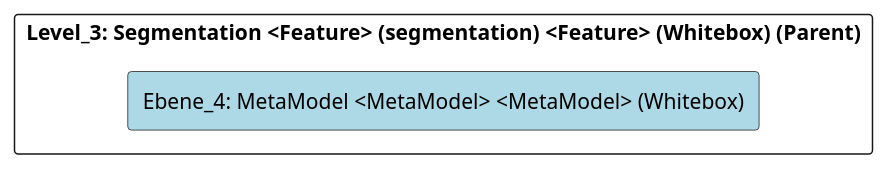
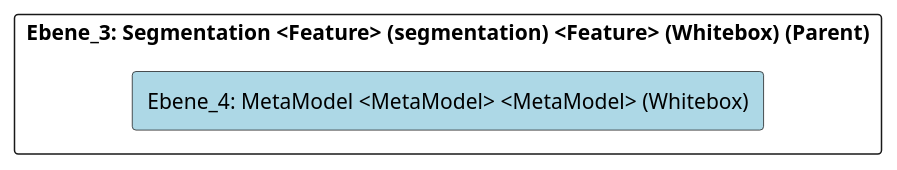
One commit to marcozwyssig/cleon changed the diagram in doc/cleonproject_deliverables_architecture_model_architecture/adoc/de/05_bausteinsicht/cleon/modeling_languages/segmentation/metamodel/ebene_4_metamodel.adoc. Above: the diagram before and after it, drawn with PlantUML. The commit also changed other lines of this file and 620 other files, not shown here.

```diff
--- a/doc/cleonproject_deliverables_architecture_model_architecture/adoc/de/05_bausteinsicht/cleon/modeling_languages/segmentation/metamodel/ebene_4_metamodel.adoc
+++ b/doc/cleonproject_deliverables_architecture_model_architecture/adoc/de/05_bausteinsicht/cleon/modeling_languages/segmentation/metamodel/ebene_4_metamodel.adoc
@@ -24,24 +24,24 @@
 [plantuml, Ebene_4: MetaModel <MetaModel> <MetaModel> (Whitebox)BlockOverview, format="svg"]
 ----
 @startuml Ebene_4: MetaModel <MetaModel> <MetaModel> (Whitebox)BuildingBlockOverview
 
 skinparam ranksep 10
 skinparam componentStyle rectangle
 skinparam shadowing false
 skinparam arrowColor lightblue
 skinparam arrowThickness 1.2
 skinparam rectangle {
   BackgroundColor White
   BorderColor #333
   RoundCorner 10
 }
 top to bottom direction
 
-component "Level_3: Segmentation <Feature> (segmentation) <Feature> (Whitebox) (Parent)" {
+component "Ebene_3: Segmentation <Feature> (segmentation) <Feature> (Whitebox) (Parent)" {
     component "Ebene_4: MetaModel <MetaModel> <MetaModel> (Whitebox)" #lightblue {
     }
 
 }
 
 @enduml
 ----
```
